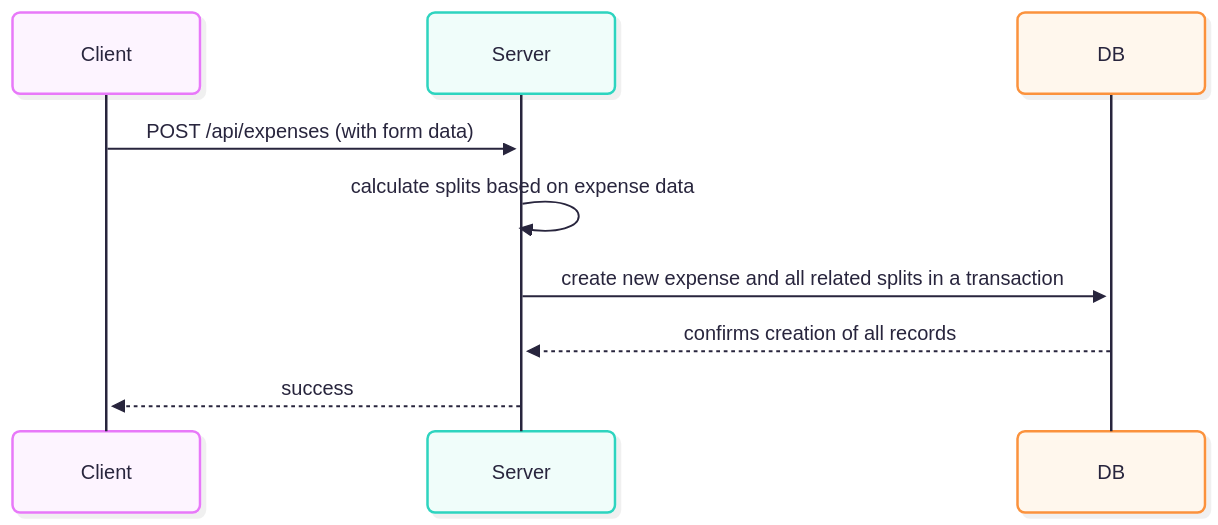
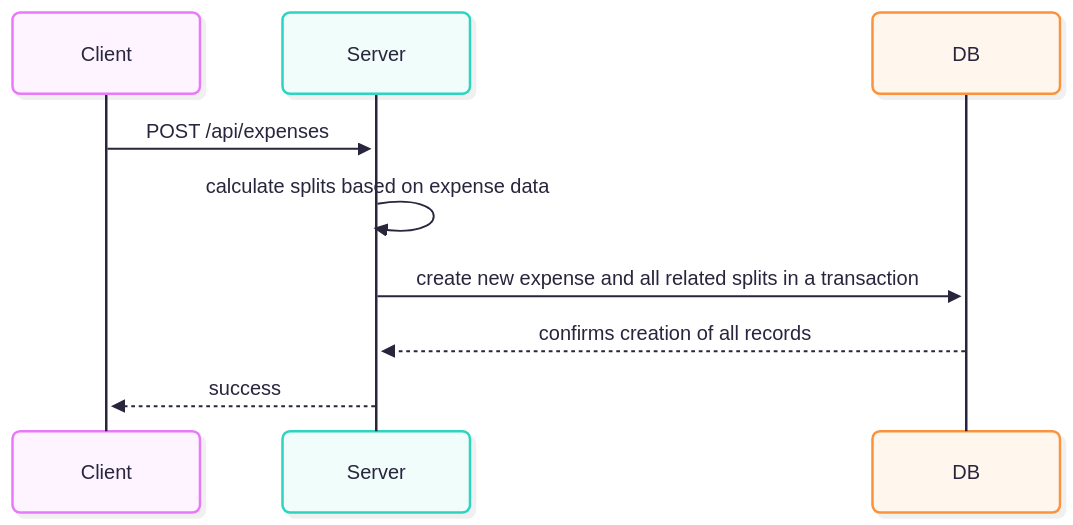
Before and after one commit to addy118/portfolio: the diagram in mermaid/fairshare/fs-expense.mmd, drawn with Mermaid. The commit also changed 12 other files, not shown here.

```diff
--- a/mermaid/fairshare/fs-expense.mmd
+++ b/mermaid/fairshare/fs-expense.mmd
@@ -1,16 +1,16 @@
 ---
 config:
   theme: redux-color
   look: neo
 ---
 
 sequenceDiagram
   participant Client as Client
   participant Server as Server
   participant DB as DB
 
-  Client ->> Server: POST /api/expenses (with form data)
+  Client ->> Server: POST /api/expenses 
   Server ->> Server: calculate splits based on expense data
   Server ->> DB: create new expense and all related splits in a transaction
   DB -->> Server: confirms creation of all records
   Server -->> Client: success
```
